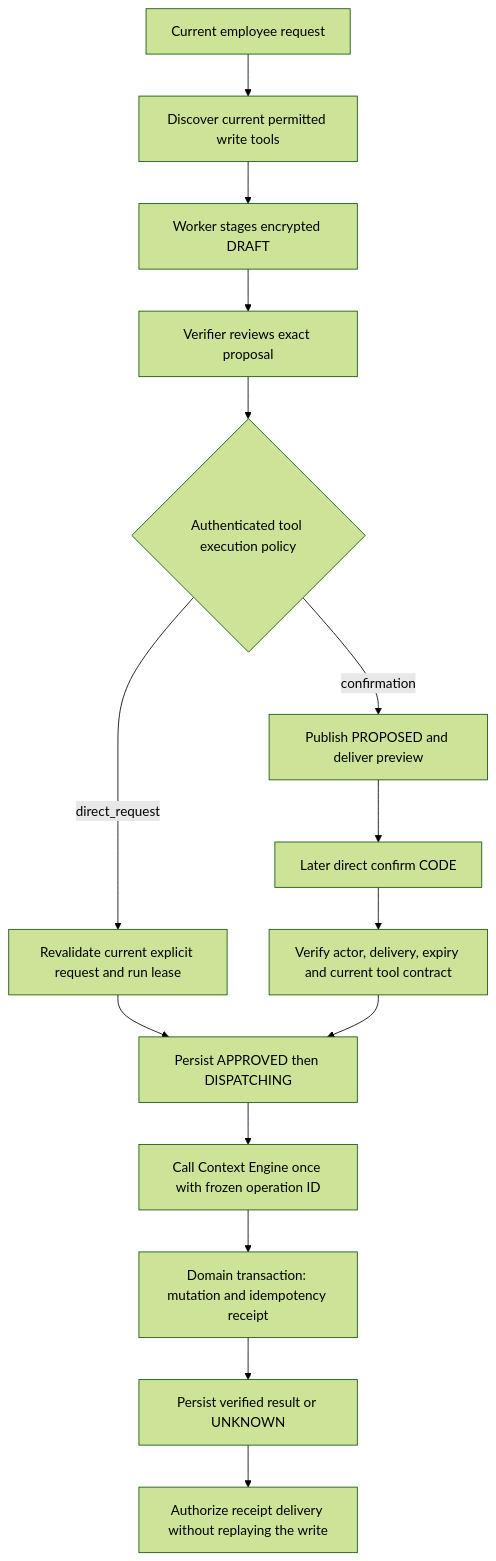
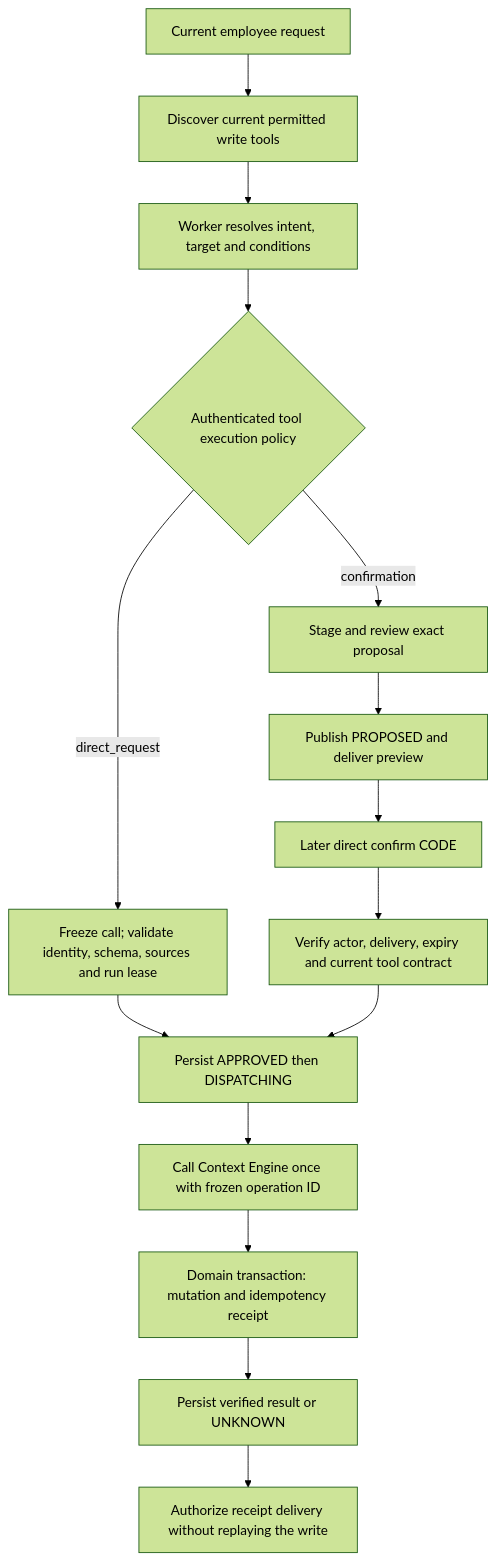
Before and after one commit to rs0125/ramesh-bot: the diagram in docs/business-writes.md, drawn with Mermaid (forest theme). The commit also changed other lines of this file and 18 other files, not shown here.

Commit message:
fix: execute direct business tools independently of reply review

````diff
--- a/docs/business-writes.md
+++ b/docs/business-writes.md
@@ -26,17 +26,17 @@
 ```mermaid
 flowchart TD
   A[Current employee request] --> B[Discover current permitted write tools]
-  B --> C[Worker stages encrypted DRAFT]
-  C --> D[Verifier reviews exact proposal]
-  D --> P{Authenticated tool execution policy}
-  P -->|confirmation| E[Publish PROPOSED and deliver preview]
-  P -->|direct_request| R[Revalidate current explicit request and run lease]
+  B --> C[Worker resolves intent, target and conditions]
+  C --> P{Authenticated tool execution policy}
+  P -->|confirmation| D[Stage and review exact proposal]
+  D --> E[Publish PROPOSED and deliver preview]
+  P -->|direct_request| R[Freeze call; validate identity, schema, sources and run lease]
   R --> H
   E --> F[Later direct confirm CODE]
   F --> G[Verify actor, delivery, expiry and current tool contract]
   G --> H[Persist APPROVED then DISPATCHING]
   H --> I[Call Context Engine once with frozen operation ID]
   I --> J[Domain transaction: mutation and idempotency receipt]
   J --> K[Persist verified result or UNKNOWN]
   K --> L[Authorize receipt delivery without replaying the write]
 ```
````
